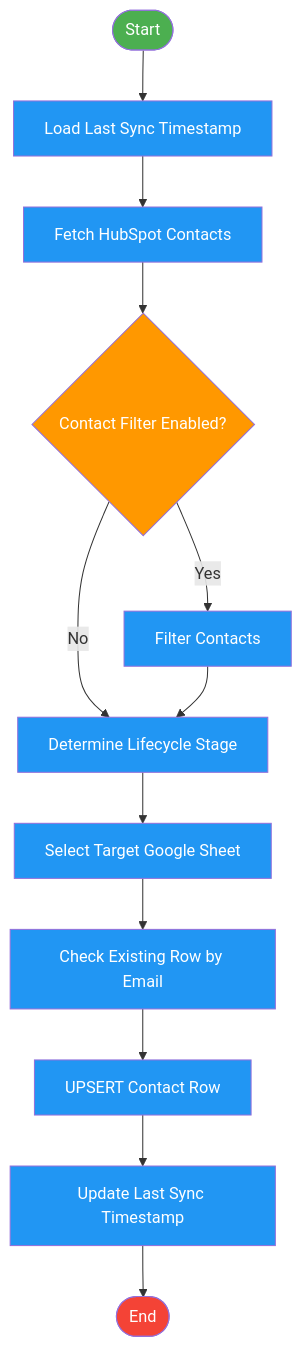
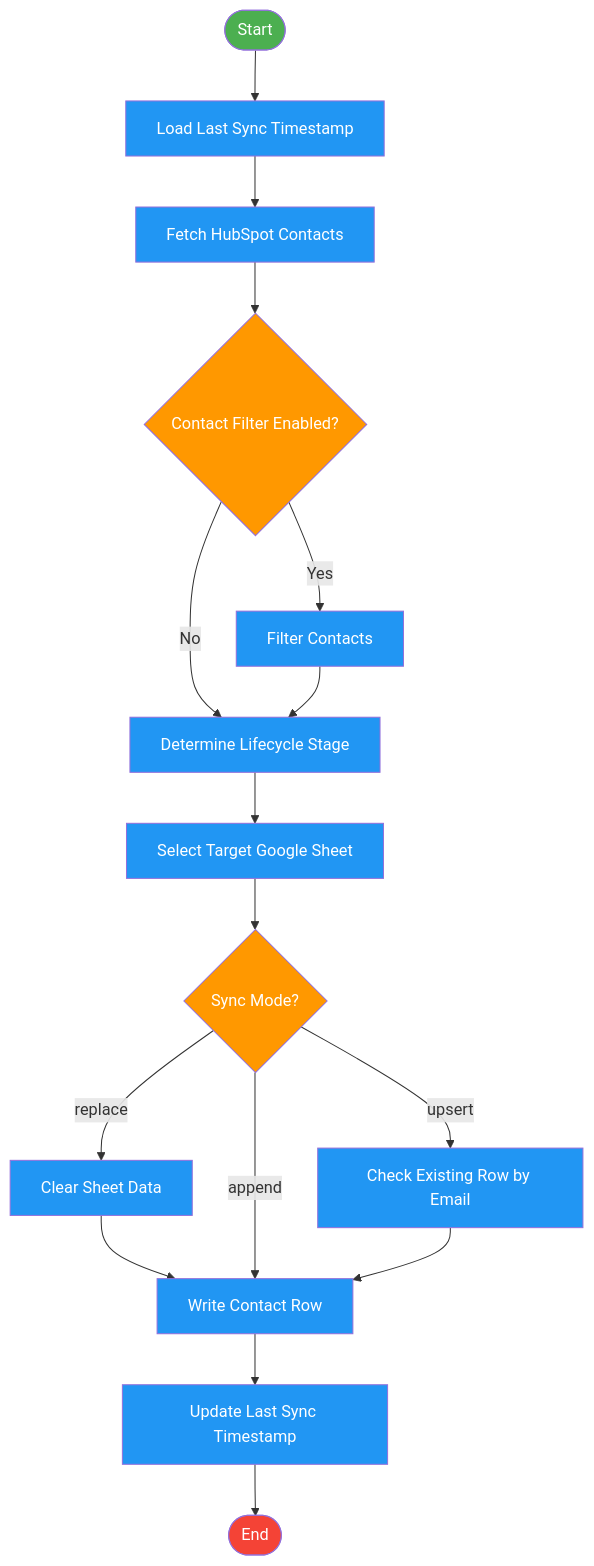
One commit to harshanacz/hubspot-contacts-to-google-sheets changed the diagram in .choreo/diagram.md. Above: the diagram before and after it, drawn with Mermaid. The commit also changed 6 other files, not shown here.

Commit message:
Add sync mode configuration and update export logic for Google Sheets

````diff
--- a/.choreo/diagram.md
+++ b/.choreo/diagram.md
@@ -1,32 +1,38 @@
 ```mermaid
 flowchart TD
 
 A([Start]):::startNode
 B[Load Last Sync Timestamp]:::processNode
 C[Fetch HubSpot Contacts]:::processNode
 D{Contact Filter Enabled?}:::decisionNode
 E[Filter Contacts]:::processNode
 F[Determine Lifecycle Stage]:::processNode
 G[Select Target Google Sheet]:::processNode
+SM{Sync Mode?}:::decisionNode
+REP[Clear Sheet Data]:::processNode
 H[Check Existing Row by Email]:::processNode
-I[UPSERT Contact Row]:::processNode
+I[Write Contact Row]:::processNode
 J[Update Last Sync Timestamp]:::processNode
 K([End]):::endNode
 
 A --> B
 B --> C
 C --> D
 D -->|Yes| E
 D -->|No| F
 E --> F
 F --> G
-G --> H
+G --> SM
+SM -->|replace| REP
+REP --> I
+SM -->|append| I
+SM -->|upsert| H
 H --> I
 I --> J
 J --> K
 
 classDef startNode fill:#4CAF50,color:#fff
 classDef endNode fill:#F44336,color:#fff
 classDef processNode fill:#2196F3,color:#fff
 classDef decisionNode fill:#FF9800,color:#fff
 ```
````
